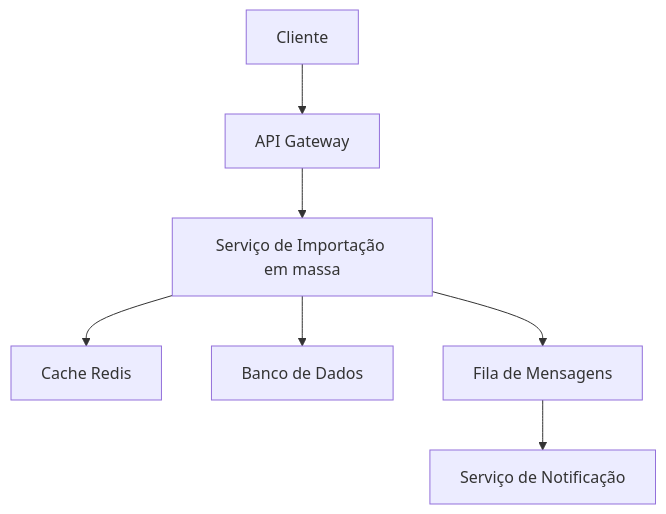
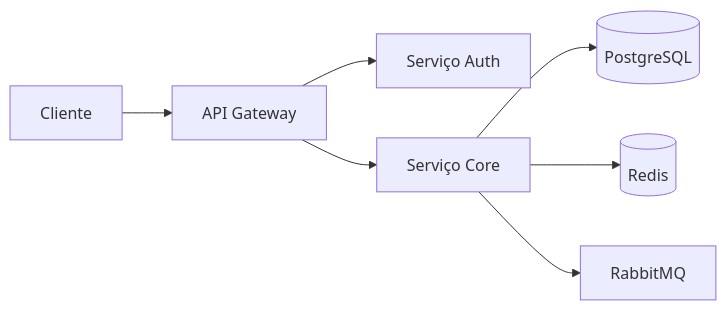
One commit to aleemerich/corp-kb-ai-benchmark changed the diagram in 01-produtos/plataforma-airich/importação-em-massa-0085.md. Above: the diagram before and after it, drawn with Mermaid. The commit also changed other lines of this file and 2492 other files, not shown here.

````diff
--- a/01-produtos/plataforma-airich/importação-em-massa-0085.md
+++ b/01-produtos/plataforma-airich/importação-em-massa-0085.md
@@ -119,9 +15,9 @@
 ```mermaid
-graph TD
-    A[Cliente] --> B[API Gateway]
-    B --> C[Serviço de Importação em massa]
-    C --> D[Cache Redis]
-    C --> E[Banco de Dados]
-    C --> F[Fila de Mensagens]
-    F --> G[Serviço de Notificação]
+graph LR
+    Cliente --> API[API Gateway]
+    API --> Auth[Serviço Auth]
+    API --> Core[Serviço Core]
+    Core --> DB[(PostgreSQL)]
+    Core --> Cache[(Redis)]
+    Core --> Queue[RabbitMQ]
 ```
````
